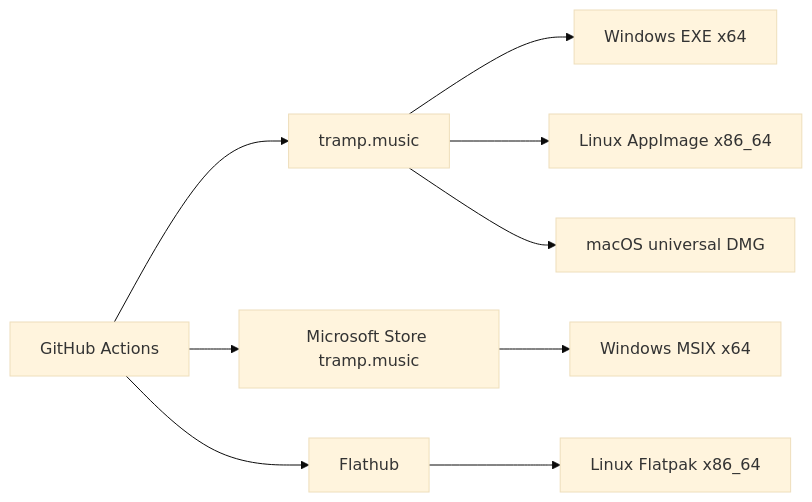
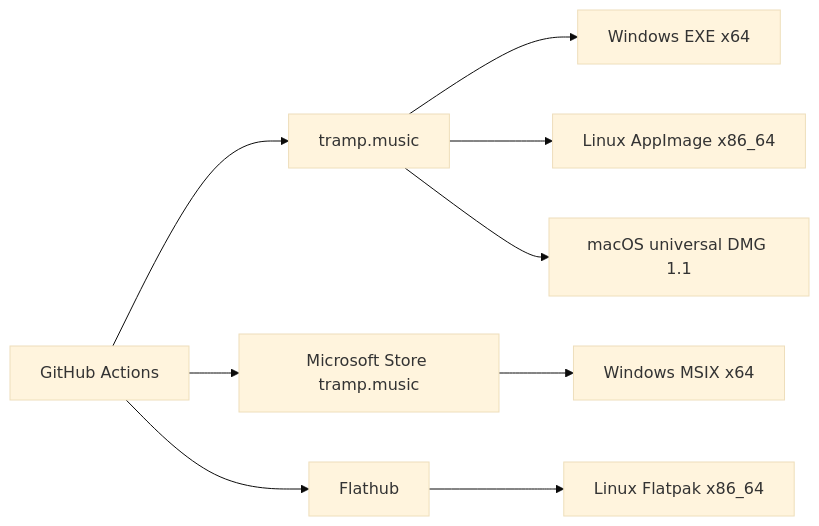
Before and after one commit to eliranbenishai/aoide: the first of 2 diagrams in docs/architecture.md, drawn with Mermaid (base theme). The commit also changed other lines of this file and 12 other files, not shown here.

````diff
--- a/docs/architecture.md
+++ b/docs/architecture.md
@@ -26,15 +26,15 @@
 ```mermaid
 flowchart LR
   CI[GitHub Actions]
   Site[tramp.music]
   MS[Microsoft Store tramp.music]
   FH[Flathub]
   CI --> Site
   CI --> MS
   CI --> FH
   Site --> WinExe[Windows EXE x64]
   Site --> AppImage[Linux AppImage x86_64]
-  Site --> Dmg[macOS universal DMG]
+  Site --> Dmg[macOS universal DMG 1.1]
   MS --> Msix[Windows MSIX x64]
   FH --> Flatpak[Linux Flatpak x86_64]
 ```
````
